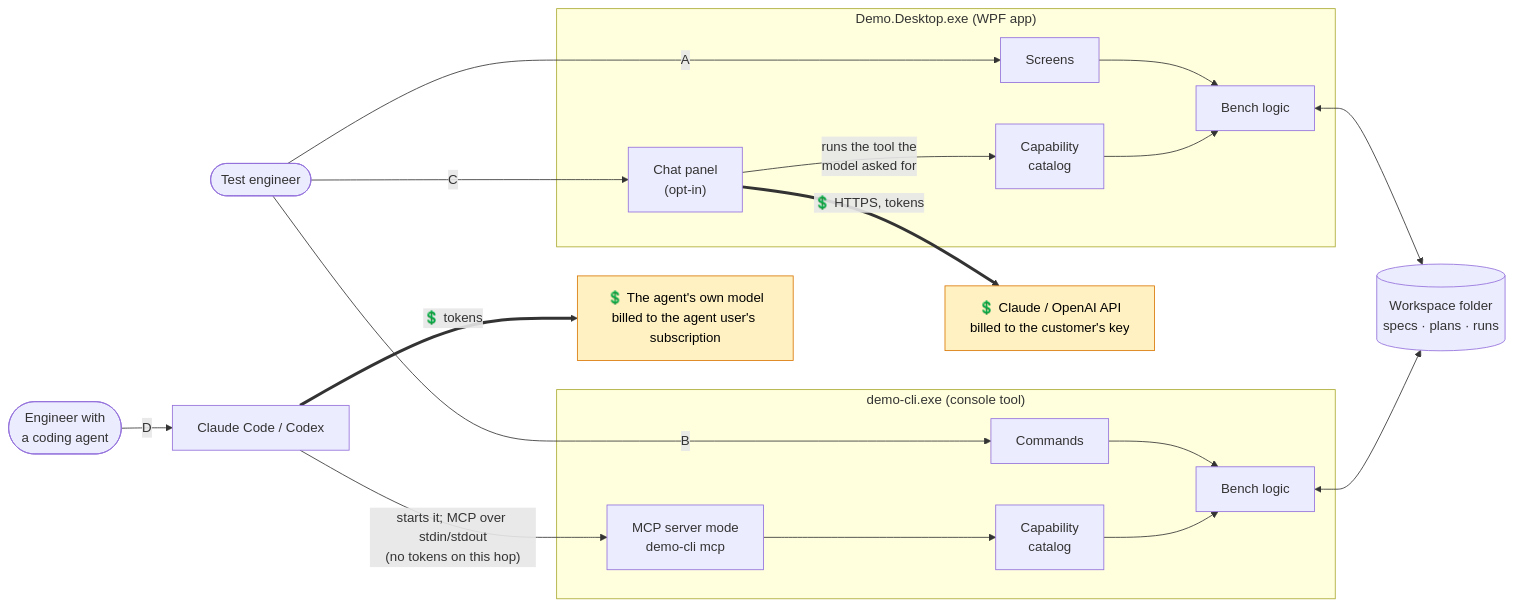
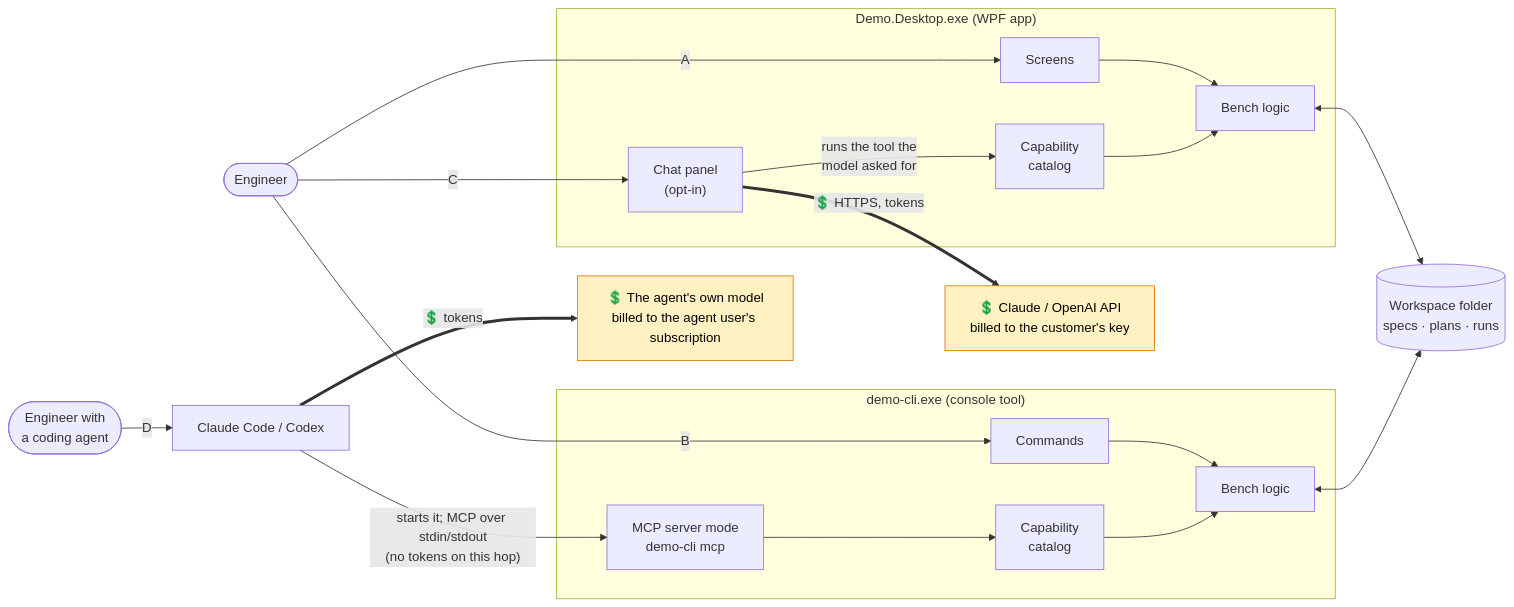
Before and after one commit to RelentlessOldMan/ChatbotAddonDemo: the diagram in README.md, drawn with Mermaid. The commit also changed 1 other file, not shown here.

Commit message:
Say Engineer instead of Test engineer

Claude-Session: https://claude.ai/code/session_01RqCrBPJkyojDMLP4z7v4oY

````diff
--- a/README.md
+++ b/README.md
@@ -20,37 +20,37 @@
 ```mermaid
 flowchart LR
-    eng(["Test engineer"])
+    eng(["Engineer"])
     dev(["Engineer with<br/>a coding agent"])
 
     subgraph desktop["Demo.Desktop.exe (WPF app)"]
         ui["Screens"]
         chat["Chat panel<br/>(opt-in)"]
         dcap["Capability<br/>catalog"]
         dlogic["Bench logic"]
     end
     subgraph cli["demo-cli.exe (console tool)"]
         cmds["Commands"]
         mcp["MCP server mode<br/>demo-cli mcp"]
         ccap["Capability<br/>catalog"]
         clogic["Bench logic"]
     end
 
     llm["💲 Claude / OpenAI API<br/>billed to the customer's key"]
     agent["Claude Code / Codex"]
     agentllm["💲 The agent's own model<br/>billed to the agent user's subscription"]
     ws[("Workspace folder<br/>specs · plans · runs")]
 
     eng -- A --> ui --> dlogic
     eng -- B --> cmds --> clogic
     eng -- C --> chat
     chat == "💲 HTTPS, tokens" ==> llm
     chat -- "runs the tool the<br/>model asked for" --> dcap --> dlogic
     dev -- D --> agent
     agent == "💲 tokens" ==> agentllm
     agent -- "starts it; MCP over stdin/stdout<br/>(no tokens on this hop)" --> mcp --> ccap --> clogic
     dlogic <--> ws
     clogic <--> ws
 
     classDef paid fill:#fff1c2,stroke:#d97706,color:#000
     class llm,agentllm paid
 ```
````
